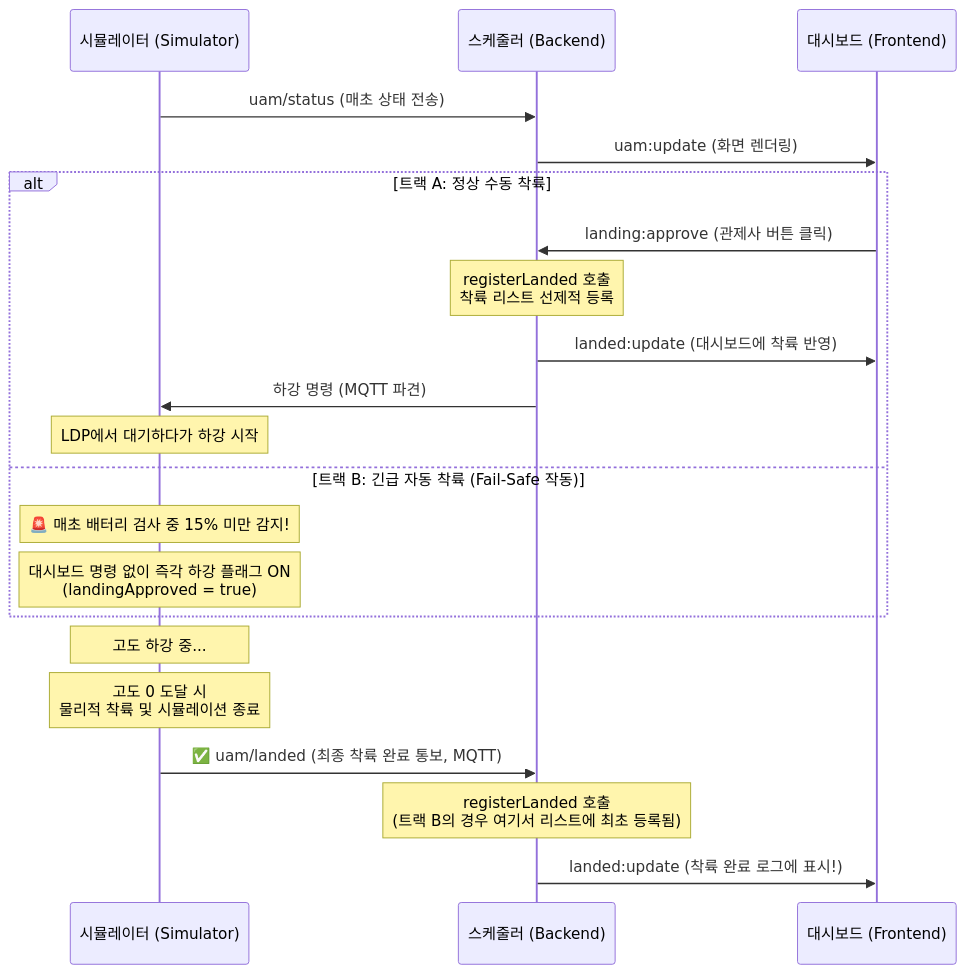
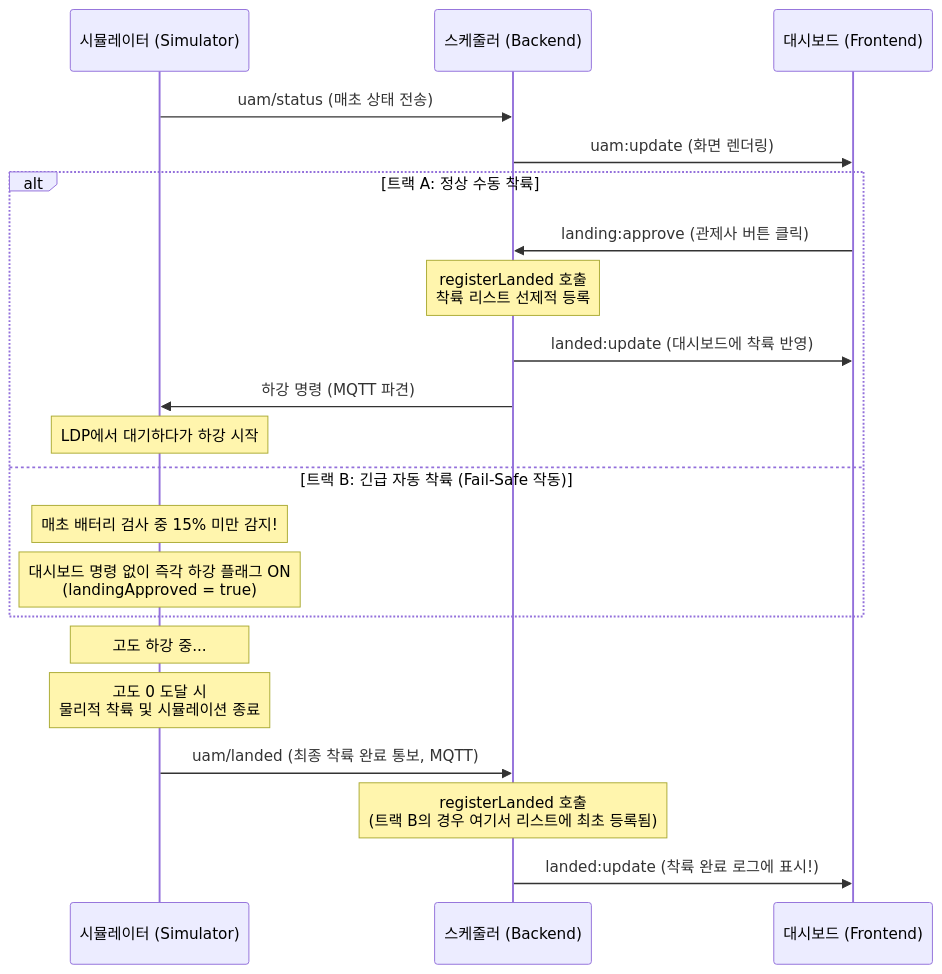
Before and after one commit to esomin/uam-density-control: the second of 2 diagrams in docs/LANDING-REFACTORING.md, drawn with Mermaid. The commit also changed other lines of this file and 5 other files, not shown here.

````diff
--- a/docs/LANDING-REFACTORING.md
+++ b/docs/LANDING-REFACTORING.md
@@ -44,28 +44,28 @@
 ```mermaid
 sequenceDiagram
     participant Simulator as 시뮬레이터 (Simulator)
     participant Scheduler as 스케줄러 (Backend)
     participant Dashboard as 대시보드 (Frontend)
 
     Simulator->>Scheduler: uam/status (매초 상태 전송)
     Scheduler->>Dashboard: uam:update (화면 렌더링)
 
     alt 트랙 A: 정상 수동 착륙
         Dashboard->>Scheduler: landing:approve (관제사 버튼 클릭)
         Note over Scheduler: registerLanded 호출<br/>착륙 리스트 선제적 등록
         Scheduler->>Dashboard: landed:update (대시보드에 착륙 반영)
         Scheduler->>Simulator: 하강 명령 (MQTT 파견)
         Note over Simulator: LDP에서 대기하다가 하강 시작
     else 트랙 B: 긴급 자동 착륙 (Fail-Safe 작동)
-        Note over Simulator: 🚨 매초 배터리 검사 중 15% 미만 감지!
+        Note over Simulator: 매초 배터리 검사 중 15% 미만 감지!
         Note over Simulator: 대시보드 명령 없이 즉각 하강 플래그 ON<br/>(landingApproved = true)
     end
 
     Note over Simulator: 고도 하강 중...
     Note over Simulator: 고도 0 도달 시<br/>물리적 착륙 및 시뮬레이션 종료
     
-    Simulator->>Scheduler: ✅ uam/landed (최종 착륙 완료 통보, MQTT)
+    Simulator->>Scheduler: uam/landed (최종 착륙 완료 통보, MQTT)
     
     Note over Scheduler: registerLanded 호출<br/>(트랙 B의 경우 여기서 리스트에 최초 등록됨)
     Scheduler->>Dashboard: landed:update (착륙 완료 로그에 표시!)
 ```
````
